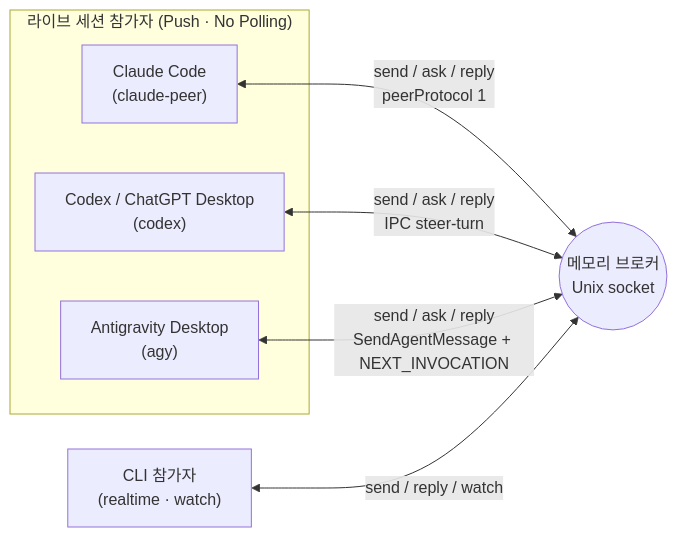
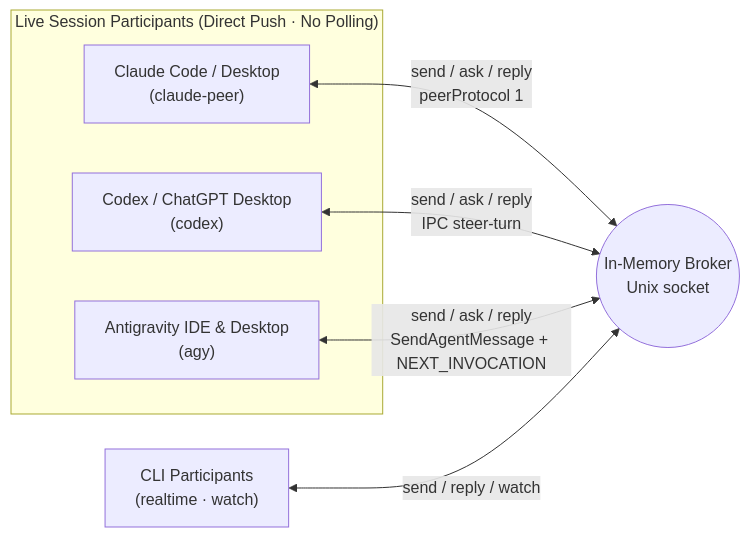
Before and after one commit to firejune/AgentBridge: the diagram in skill/agent-bridge/references/usage.md, drawn with Mermaid. The commit also changed other lines of this file and 12 other files, not shown here.

````diff
--- a/skill/agent-bridge/references/usage.md
+++ b/skill/agent-bridge/references/usage.md
@@ -9,15 +11,15 @@
 ```mermaid
 flowchart LR
-    subgraph Live["라이브 세션 참가자 (Push · No Polling)"]
-        C["Claude Code<br/>(claude-peer)"]
+    subgraph Live["Live Session Participants (Direct Push · No Polling)"]
+        C["Claude Code / Desktop<br/>(claude-peer)"]
         X["Codex / ChatGPT Desktop<br/>(codex)"]
-        A["Antigravity Desktop<br/>(agy)"]
+        A["Antigravity IDE & Desktop<br/>(agy)"]
     end
-    B(("메모리 브로커<br/>Unix socket"))
-    W["CLI 참가자<br/>(realtime · watch)"]
+    B(("In-Memory Broker<br/>Unix socket"))
+    W["CLI Participants<br/>(realtime · watch)"]
 
     C <-->|"send / ask / reply<br/>peerProtocol 1"| B
     X <-->|"send / ask / reply<br/>IPC steer-turn"| B
     A <-->|"send / ask / reply<br/>SendAgentMessage + NEXT_INVOCATION"| B
     W <-->|"send / reply / watch"| B
 ```
````
